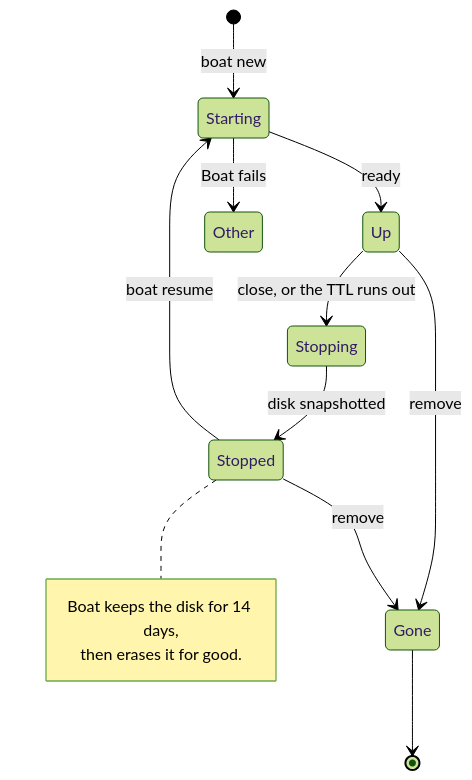
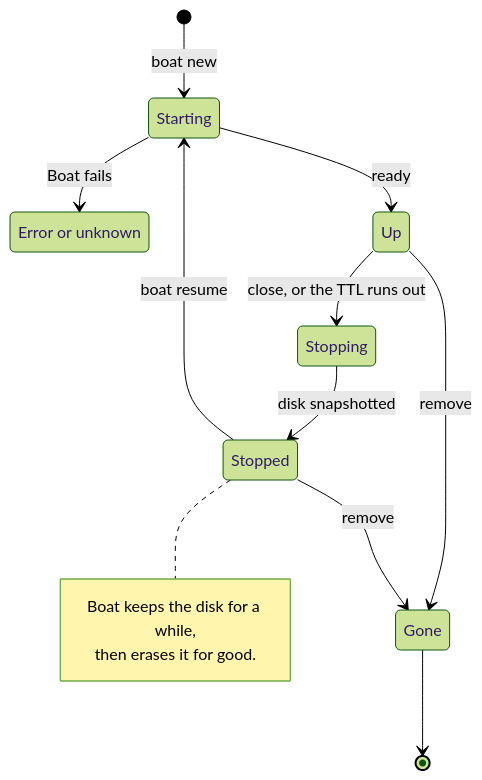
The second of 8 diagrams in docs/providers/boat.md (NextNodeSolutions/workspace), drawn with Mermaid (forest theme) before and after one commit. The commit also changed other lines of this file and 4 other files, not shown here.

````diff
--- a/docs/providers/boat.md
+++ b/docs/providers/boat.md
@@ -70,16 +59,17 @@
 ```mermaid
 stateDiagram-v2
+    state "Error or unknown" as Other
     [*] --> Starting: boat new
     Starting --> Up: ready
     Starting --> Other: Boat fails
     Up --> Stopping: close, or the TTL runs out
     Stopping --> Stopped: disk snapshotted
     Stopped --> Starting: boat resume
     Up --> Gone: remove
     Stopped --> Gone: remove
     Gone --> [*]
     note right of Stopped
-        Boat keeps the disk for 14 days,
+        Boat keeps the disk for a while,
         then erases it for good.
     end note
 ```
````
